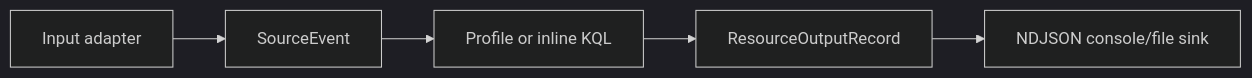
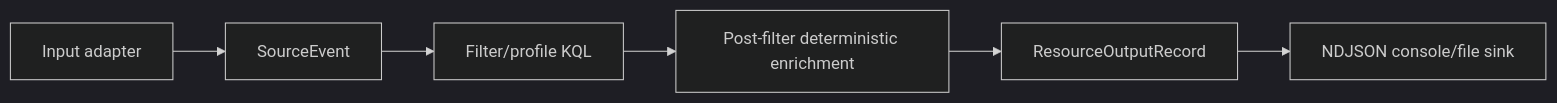
Before and after one commit to DeltaZulu-OU/DeltaZulu.Agent: the first of 2 diagrams in docs/ARCHITECTURE.md, drawn with Mermaid (dark theme). The commit also changed other lines of this file and 36 other files, not shown here.

````diff
--- a/docs/ARCHITECTURE.md
+++ b/docs/ARCHITECTURE.md
@@ -52,7 +52,8 @@
 ```mermaid
 flowchart LR
     A[Input adapter] --> B[SourceEvent]
-    B --> C[Profile or inline KQL]
-    C --> D[ResourceOutputRecord]
-    D --> E[NDJSON console/file sink]
+    B --> C[Filter/profile KQL]
+    C --> D[Post-filter deterministic enrichment]
+    D --> E[ResourceOutputRecord]
+    E --> F[NDJSON console/file sink]
 ```
````
